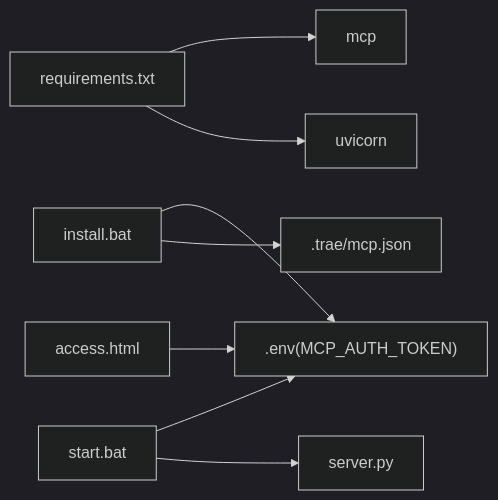
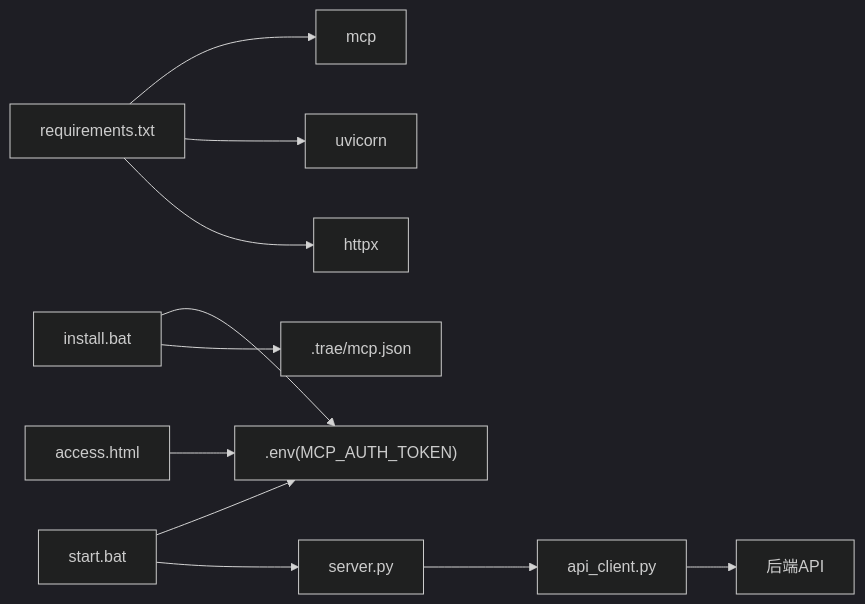
One commit to rookie-wind/web_ai changed the ninth of 9 diagrams in .qoder/repowiki/zh/content/项目概述/核心功能特性/认证授权系统.md. Above: the diagram before and after it, drawn with Mermaid (dark theme). The commit also changed other lines of this file and 117 other files, not shown here.

````diff
--- a/.qoder/repowiki/zh/content/项目概述/核心功能特性/认证授权系统.md
+++ b/.qoder/repowiki/zh/content/项目概述/核心功能特性/认证授权系统.md
@@ -230,10 +398,13 @@
 ```mermaid
 graph LR
 RQ["requirements.txt"] --> DEP1["mcp"]
 RQ --> DEP2["uvicorn"]
+RQ --> DEP3["httpx"]
 IB["install.bat"] --> ENV[".env(MCP_AUTH_TOKEN)"]
 IB --> CFG[".trae/mcp.json"]
 SB["start.bat"] --> ENV
 SB --> APP["server.py"]
 AH["access.html"] --> ENV
+APP --> AC["api_client.py"]
+AC --> BACKEND["后端API"]
 ```
````
